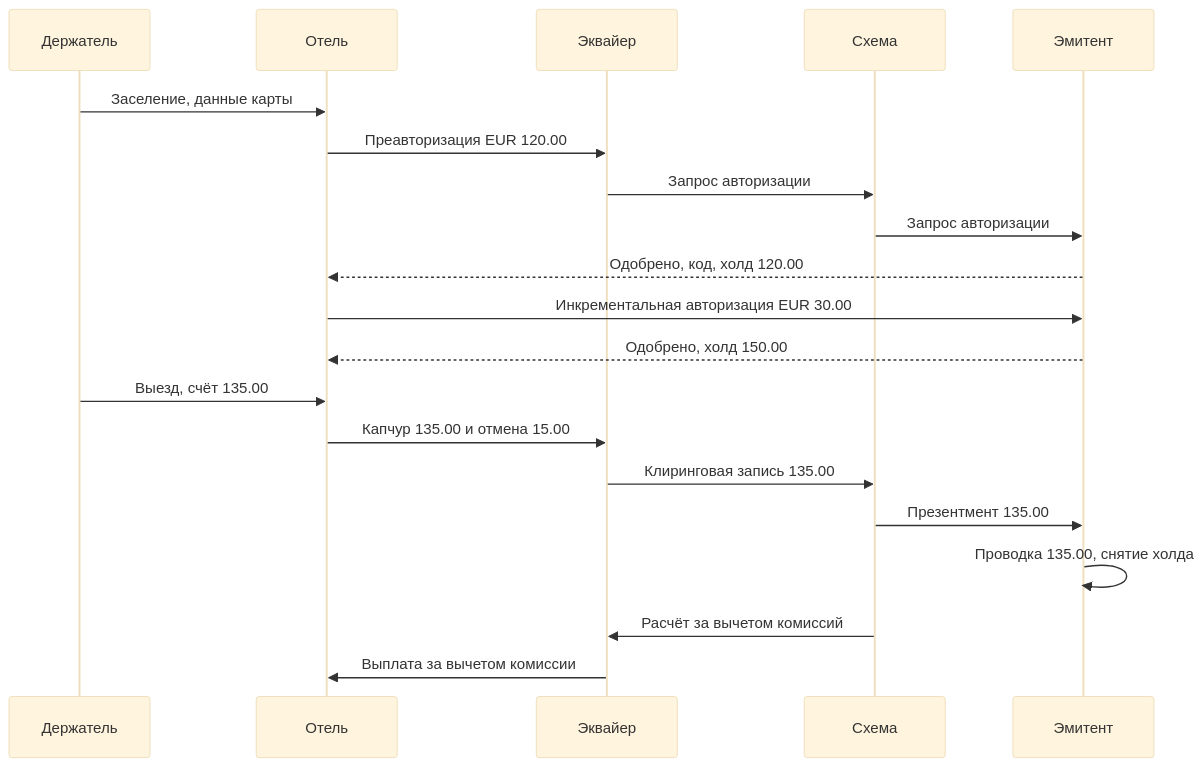
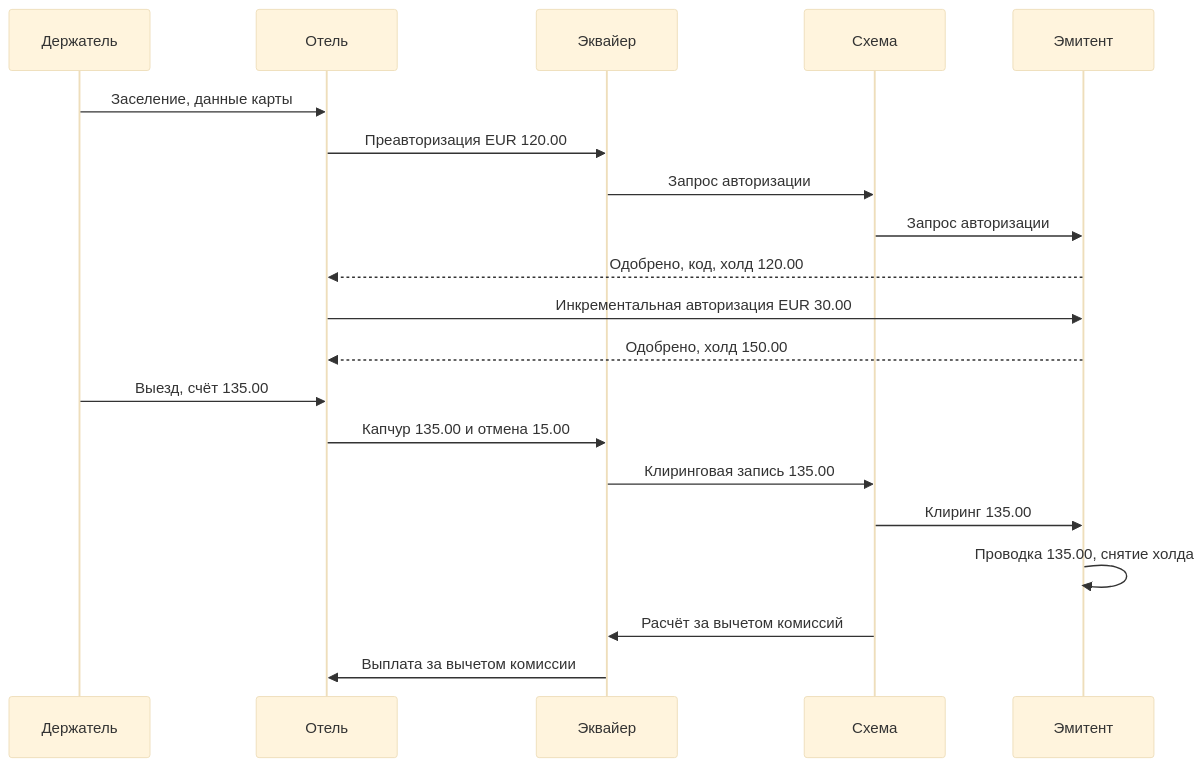
Before and after one commit to Tomullya/fintech-testing-playbook: the diagram in areas/01-card-payment/ru.md, drawn with Mermaid (base theme). The commit also changed other lines of this file and 14 other files, not shown here.

````diff
--- a/areas/01-card-payment/ru.md
+++ b/areas/01-card-payment/ru.md
@@ -140,22 +141,22 @@
 ```mermaid
 sequenceDiagram
     participant C as Держатель
     participant M as Отель
     participant A as Эквайер
     participant S as Схема
     participant I as Эмитент
     C->>M: Заселение, данные карты
     M->>A: Преавторизация EUR 120.00
     A->>S: Запрос авторизации
     S->>I: Запрос авторизации
     I-->>M: Одобрено, код, холд 120.00
     M->>I: Инкрементальная авторизация EUR 30.00
     I-->>M: Одобрено, холд 150.00
     C->>M: Выезд, счёт 135.00
     M->>A: Капчур 135.00 и отмена 15.00
     A->>S: Клиринговая запись 135.00
-    S->>I: Презентмент 135.00
+    S->>I: Клиринг 135.00
     I->>I: Проводка 135.00, снятие холда
     S->>A: Расчёт за вычетом комиссий
     A->>M: Выплата за вычетом комиссии
 ```
````
